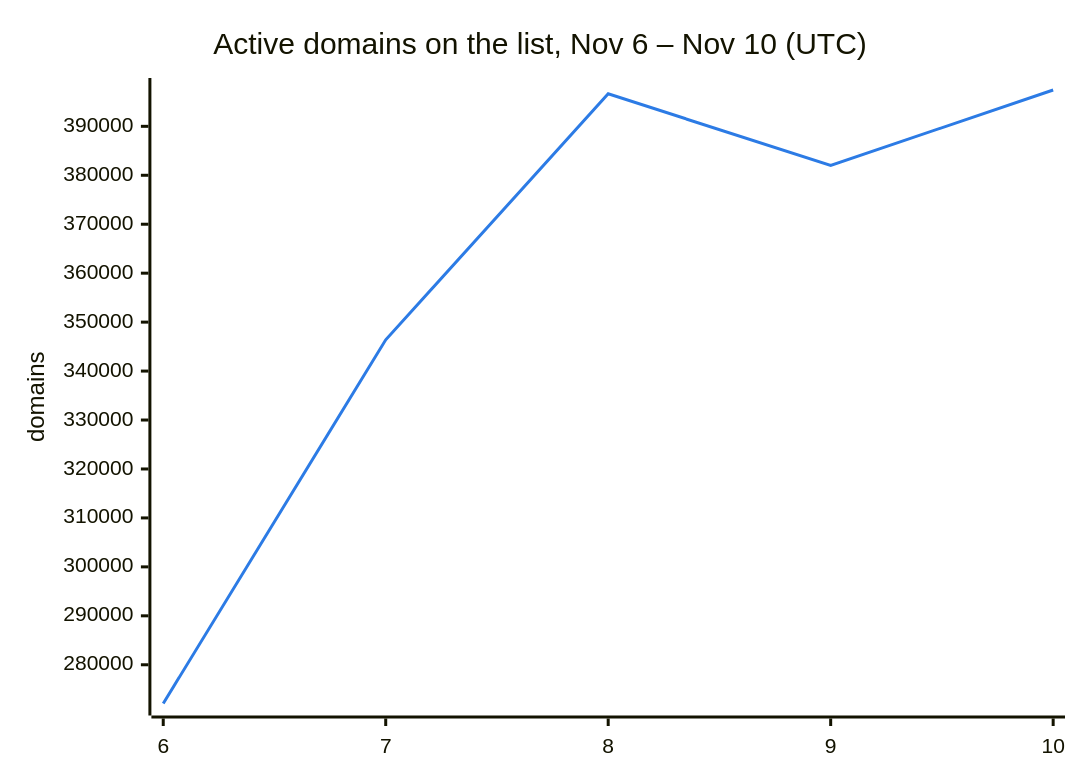
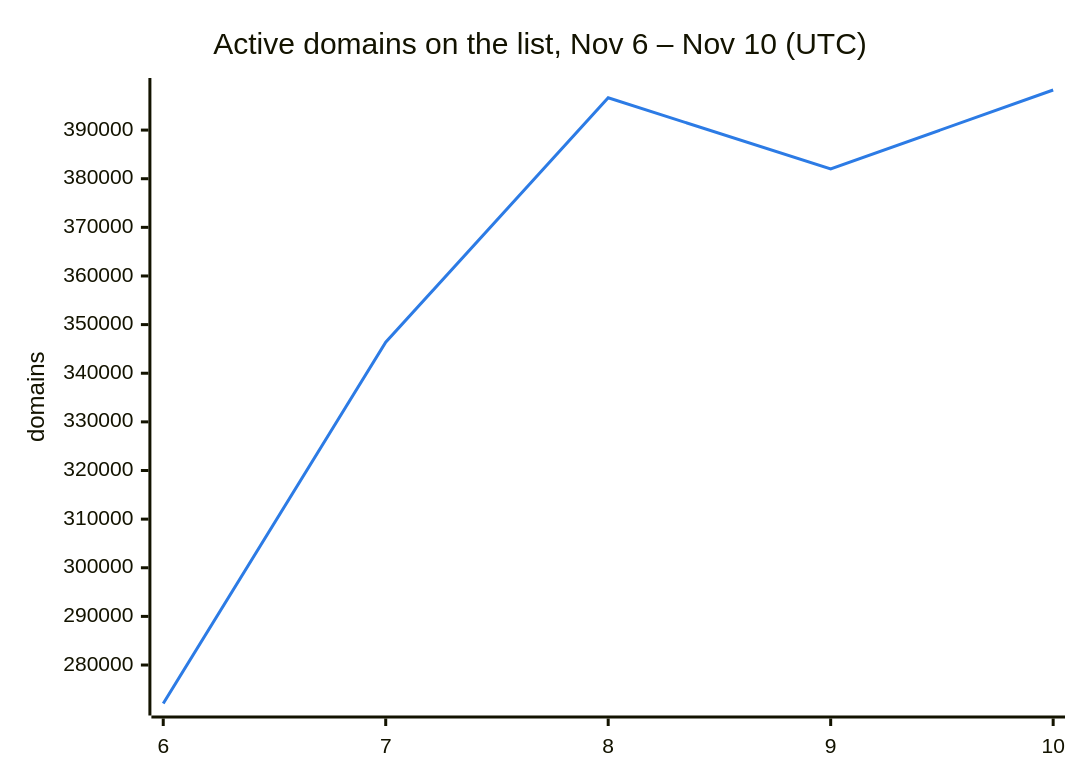
The second of 3 diagrams in README.md (DNSBunker/CTI), drawn with Mermaid before and after one commit. The commit also changed other lines of this file and 3 other files, not shown here.

````diff
--- a/README.md
+++ b/README.md
@@ -38,8 +38,8 @@
 ```mermaid
 %%{init: {"themeVariables": {"xyChart": {"plotColorPalette": "#2c7be5"}}}}%%
 xychart-beta
     title "Active domains on the list, Nov 6 – Nov 10 (UTC)"
     x-axis ["6", "7", "8", "9", "10"]
     y-axis "domains"
-    line [272088, 346388, 396638, 382009, 397422]
+    line [272088, 346388, 396638, 382009, 398243]
 ```
````
